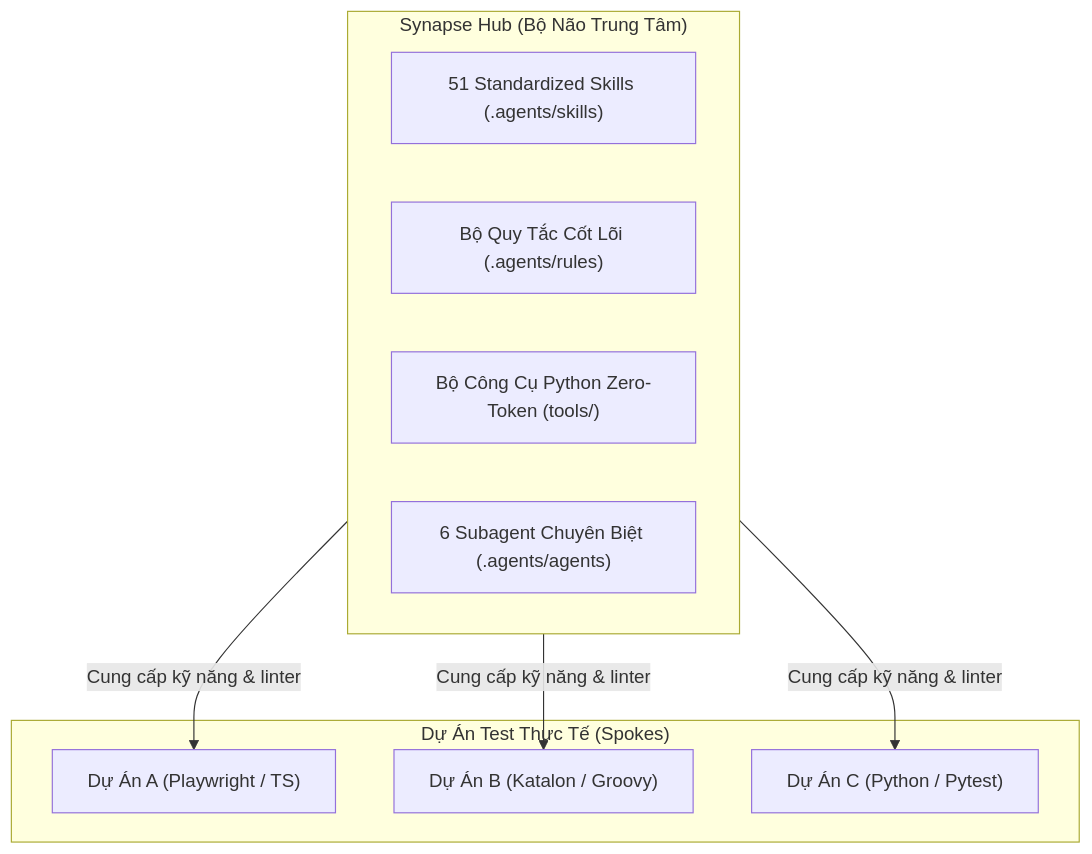
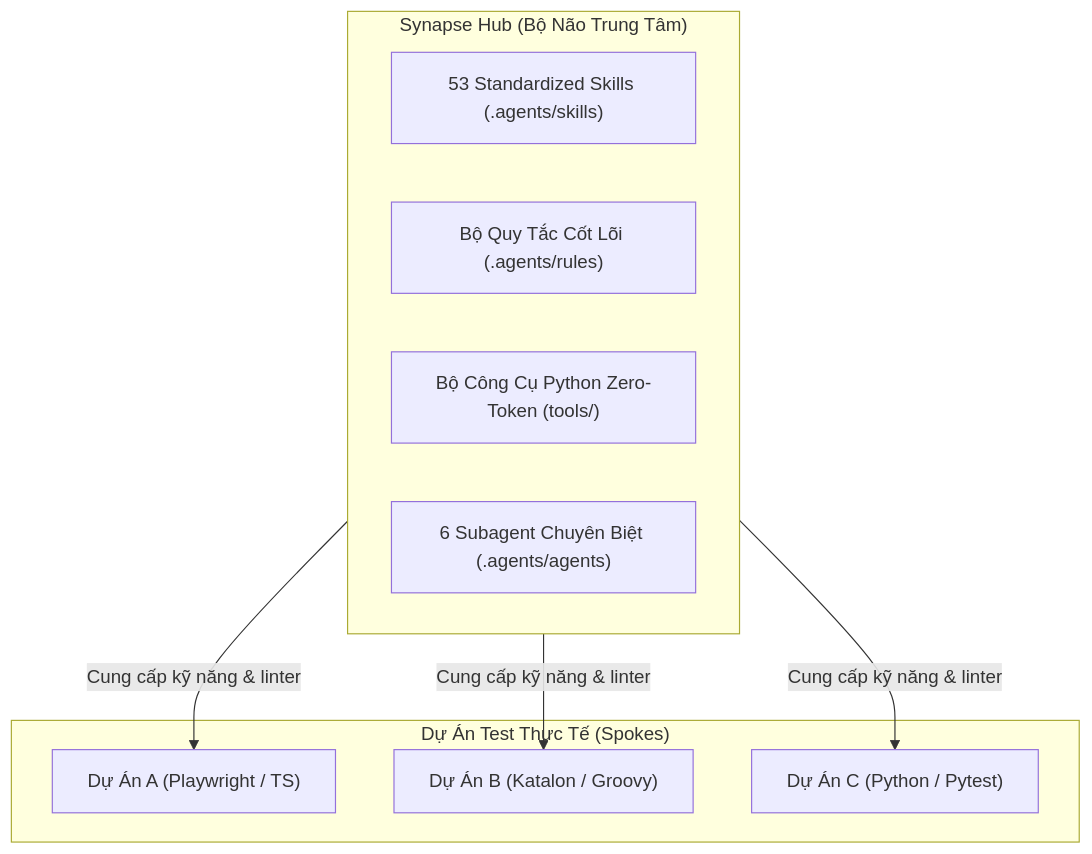
The first of 3 diagrams in docs/ARCHITECTURE.md (TeeVee98/Synapse-Hub), drawn with Mermaid before and after one commit. The commit also changed other lines of this file and 58 other files, not shown here.

````diff
--- a/docs/ARCHITECTURE.md
+++ b/docs/ARCHITECTURE.md
@@ -15,19 +15,19 @@
 ```mermaid
 flowchart TD
     subgraph Hub["Synapse Hub (Bộ Não Trung Tâm)"]
-        Catalog["51 Standardized Skills (.agents/skills)"]
+        Catalog["53 Standardized Skills (.agents/skills)"]
         Rules["Bộ Quy Tắc Cốt Lõi (.agents/rules)"]
         Tools["Bộ Công Cụ Python Zero-Token (tools/)"]
         Swarm["6 Subagent Chuyên Biệt (.agents/agents)"]
     end
 
     subgraph Spokes["Dự Án Test Thực Tế (Spokes)"]
         Repo1["Dự Án A (Playwright / TS)"]
         Repo2["Dự Án B (Katalon / Groovy)"]
         Repo3["Dự Án C (Python / Pytest)"]
     end
 
     Hub -->|Cung cấp kỹ năng & linter| Repo1
     Hub -->|Cung cấp kỹ năng & linter| Repo2
     Hub -->|Cung cấp kỹ năng & linter| Repo3
 ```
````
